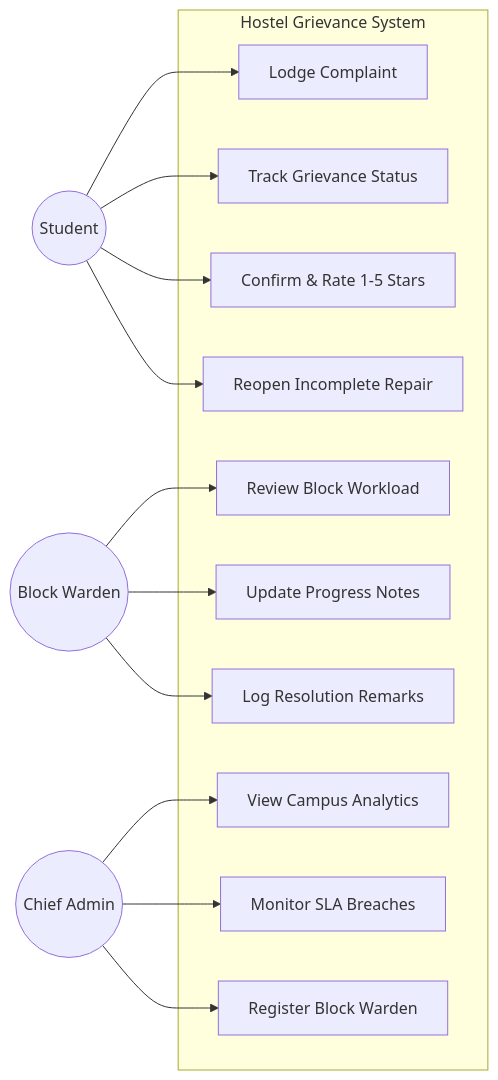
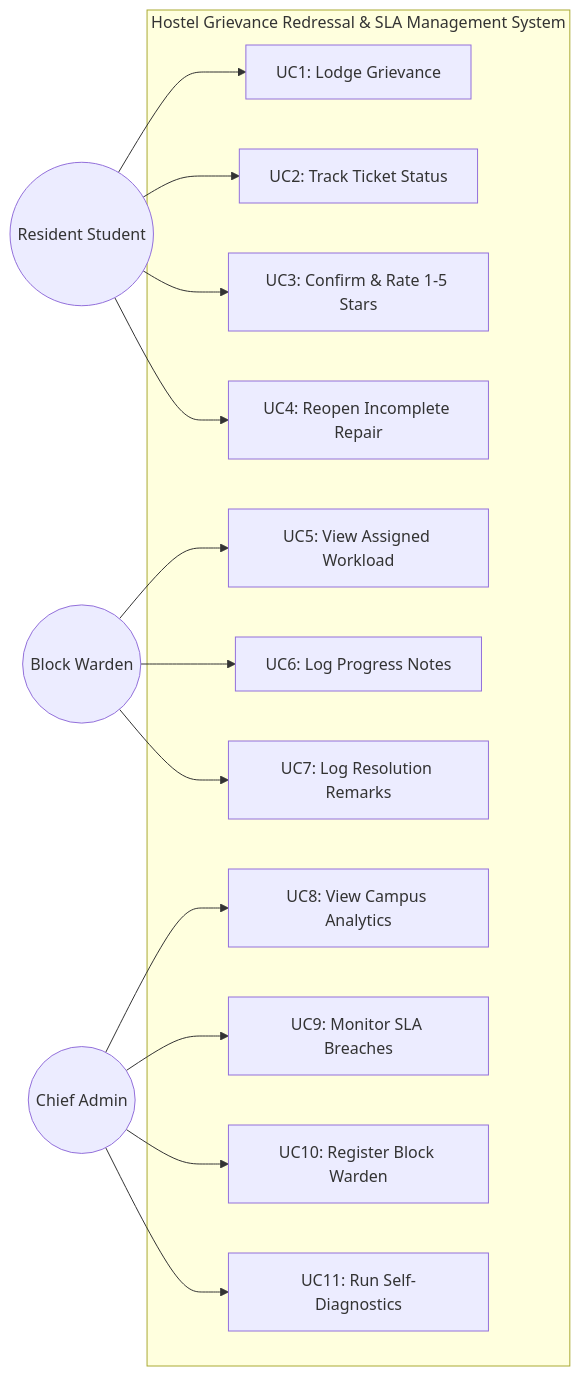
Before and after one commit to Ujjaval-gupta-10/GrievanceSystem_: the second of 6 diagrams in PROJECT_REPORT.md, drawn with Mermaid. The commit also changed other lines of this file, not shown here.

````diff
--- a/PROJECT_REPORT.md
+++ b/PROJECT_REPORT.md
@@ -252,29 +308,34 @@
 ```mermaid
 graph LR
+    Student((Resident Student))
+    Warden((Block Warden))
+    Admin((Chief Admin))
 
-Student((Student))
-Warden((Block Warden))
-Admin((Chief Admin))
-subgraph Hostel Grievance System
-UC1[Lodge Complaint]
-UC2[Track Grievance Status]
-UC3[Confirm & Rate 1-5 Stars]
-UC4[Reopen Incomplete Repair]
-UC5[Review Block Workload]
-UC6[Update Progress Notes]
-UC7[Log Resolution Remarks]
-UC8[View Campus Analytics]
-UC9[Monitor SLA Breaches]
-UC10[Register Block Warden]
-end
-Student --> UC1
-Student --> UC2
-Student --> UC3
-Student --> UC4
-Warden --> UC5
-Warden --> UC6
-Warden --> UC7
-Admin --> UC8
-Admin --> UC9
-Admin --> UC10
+    subgraph "Hostel Grievance Redressal & SLA Management System"
+        UC1[UC1: Lodge Grievance]
+        UC2[UC2: Track Ticket Status]
+        UC3[UC3: Confirm & Rate 1-5 Stars]
+        UC4[UC4: Reopen Incomplete Repair]
+        UC5[UC5: View Assigned Workload]
+        UC6[UC6: Log Progress Notes]
+        UC7[UC7: Log Resolution Remarks]
+        UC8[UC8: View Campus Analytics]
+        UC9[UC9: Monitor SLA Breaches]
+        UC10[UC10: Register Block Warden]
+        UC11[UC11: Run Self-Diagnostics]
+    end
+
+    Student --> UC1
+    Student --> UC2
+    Student --> UC3
+    Student --> UC4
+
+    Warden --> UC5
+    Warden --> UC6
+    Warden --> UC7
+
+    Admin --> UC8
+    Admin --> UC9
+    Admin --> UC10
+    Admin --> UC11
 ```
````
